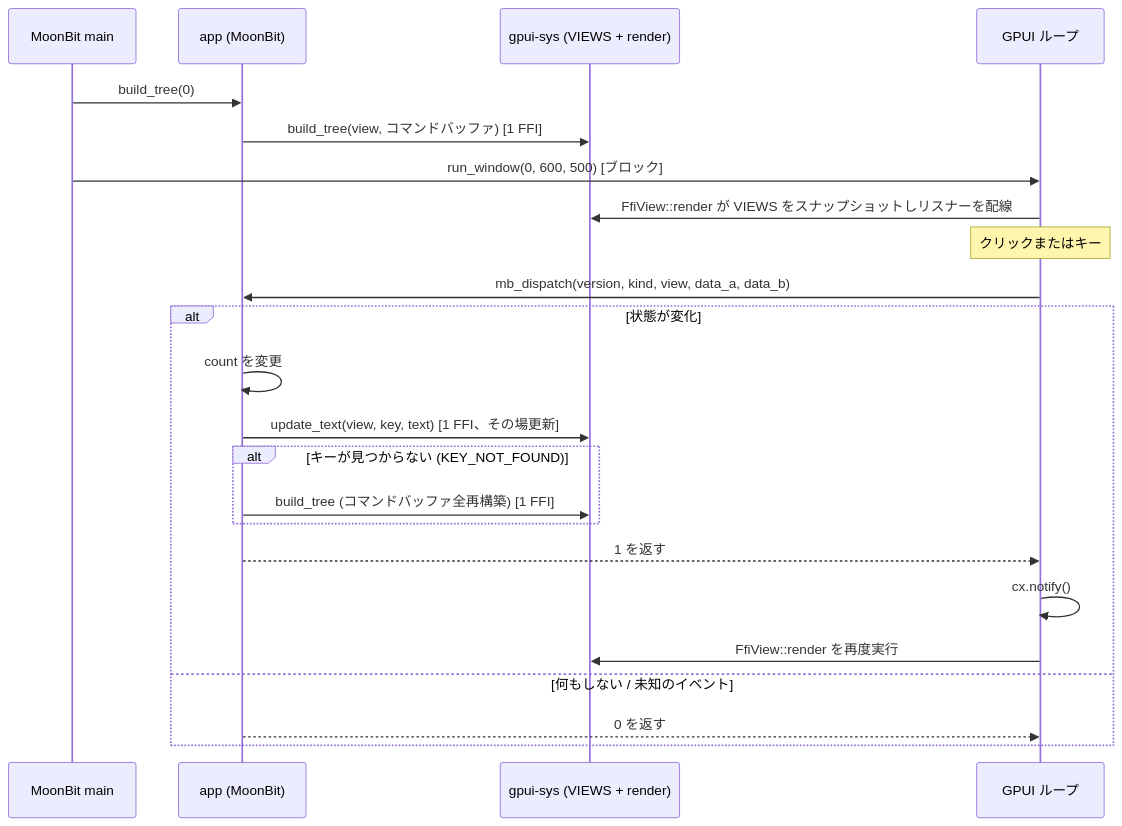
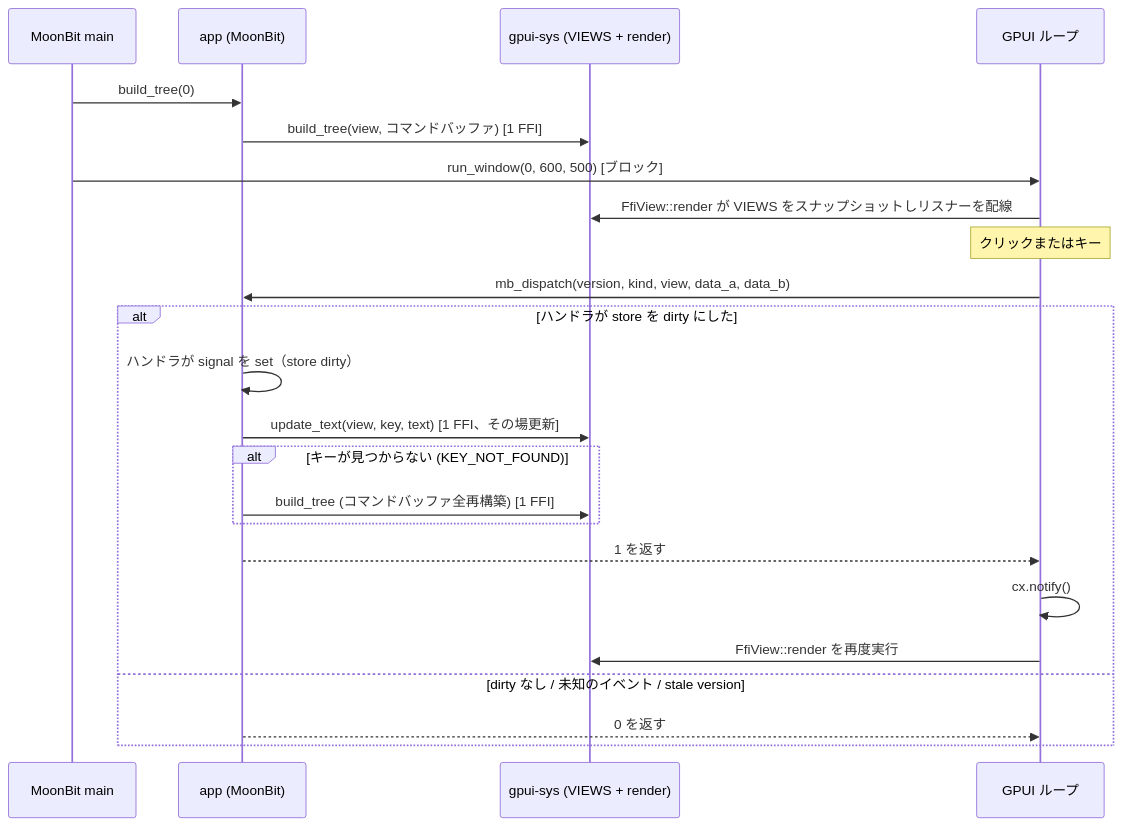
The diagram in docs/architecture.md (nakake/gpui-moonbit), drawn with Mermaid before and after one commit. The commit also changed other lines of this file and 11 other files, not shown here.

````diff
--- a/docs/architecture.md
+++ b/docs/architecture.md
@@ -133,25 +133,25 @@
 ```mermaid
 sequenceDiagram
   participant M as MoonBit main
   participant A as app (MoonBit)
   participant S as gpui-sys (VIEWS + render)
   participant G as GPUI ループ
   M->>A: build_tree(0)
   A->>S: build_tree(view, コマンドバッファ) [1 FFI]
   M->>G: run_window(0, 600, 500) [ブロック]
   G->>S: FfiView::render が VIEWS をスナップショットしリスナーを配線
   Note over G: クリックまたはキー
   G->>A: mb_dispatch(version, kind, view, data_a, data_b)
-  alt 状態が変化
-    A->>A: count を変更
+  alt ハンドラが store を dirty にした
+    A->>A: ハンドラが signal を set（store dirty）
     A->>S: update_text(view, key, text) [1 FFI、その場更新]
     alt キーが見つからない (KEY_NOT_FOUND)
       A->>S: build_tree (コマンドバッファ全再構築) [1 FFI]
     end
     A-->>G: 1 を返す
     G->>G: cx.notify()
     G->>S: FfiView::render を再度実行
-  else 何もしない / 未知のイベント
+  else dirty なし / 未知のイベント / stale version
     A-->>G: 0 を返す
   end
 ```
````
